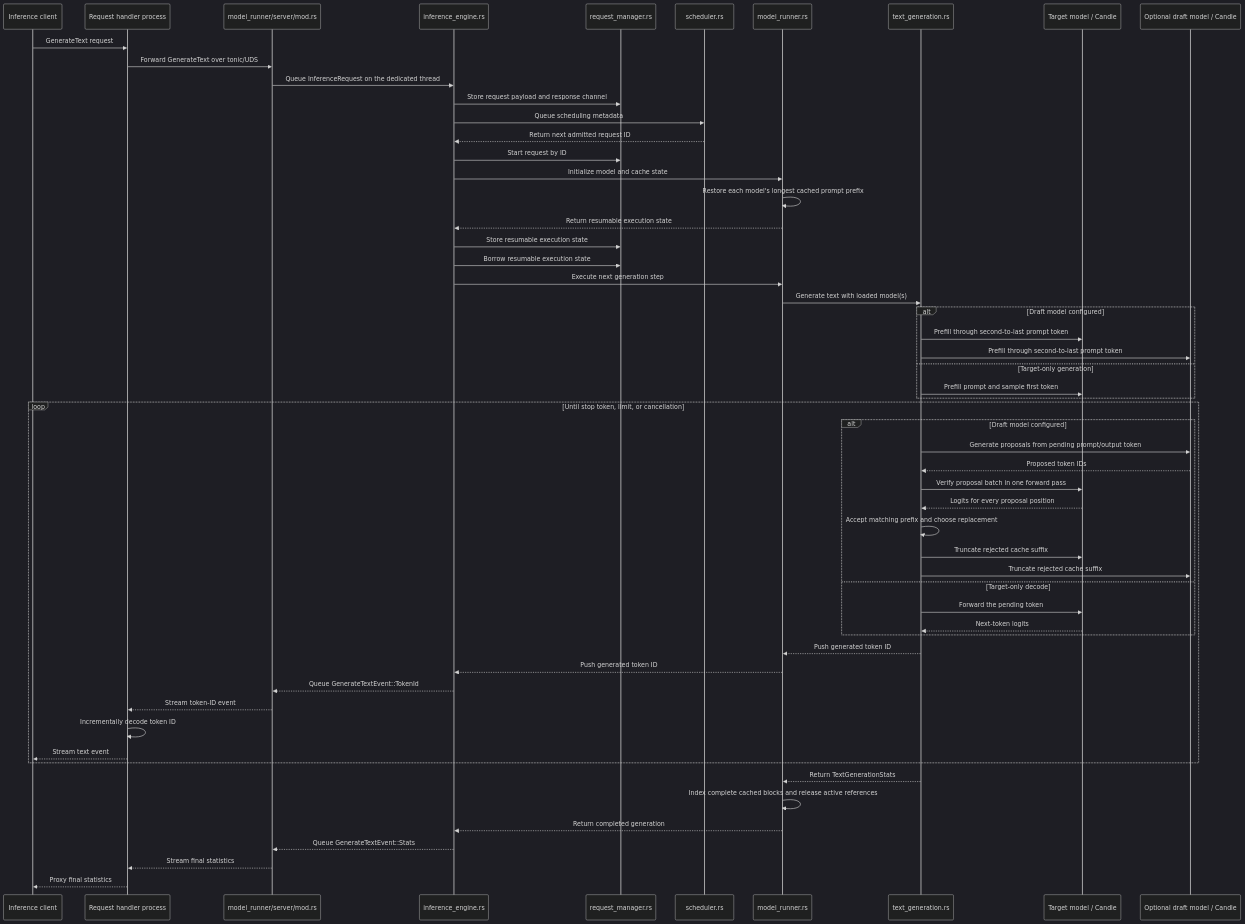
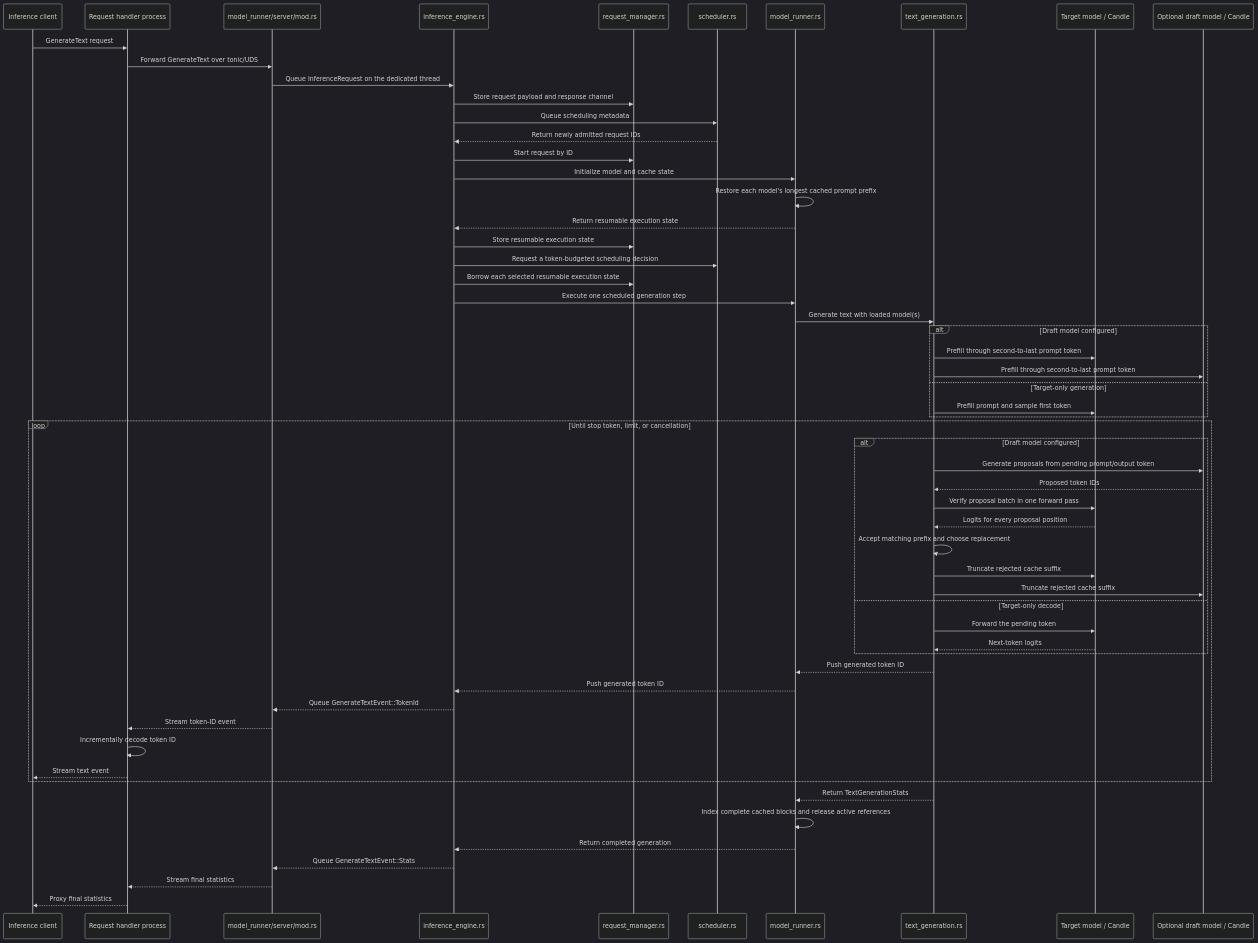
Before and after one commit to lun0522/mini-vllm-rs: the second of 2 diagrams in src/model_runner/README.md, drawn with Mermaid (dark theme). The commit also changed other lines of this file and 10 other files, not shown here.

First line of the commit message:
Feature: Execute requests with token-budgeted scheduling

````diff
--- a/src/model_runner/README.md
+++ b/src/model_runner/README.md
@@ -80,60 +80,61 @@
 ```mermaid
 sequenceDiagram
     participant Caller as Inference client
     participant Handler as Request handler process
     participant Rpc as model_runner/server/mod.rs
     participant Engine as inference_engine.rs
     participant Requests as request_manager.rs
     participant Scheduler as scheduler.rs
     participant Runner as model_runner.rs
     participant Decode as text_generation.rs
     participant Target as Target model / Candle
     participant Draft as Optional draft model / Candle
 
     Caller->>Handler: GenerateText request
     Handler->>Rpc: Forward GenerateText over tonic/UDS
     Rpc->>Engine: Queue InferenceRequest on the dedicated thread
     Engine->>Requests: Store request payload and response channel
     Engine->>Scheduler: Queue scheduling metadata
-    Scheduler-->>Engine: Return next admitted request ID
+    Scheduler-->>Engine: Return newly admitted request IDs
     Engine->>Requests: Start request by ID
     Engine->>Runner: Initialize model and cache state
     Runner->>Runner: Restore each model's longest cached prompt prefix
     Runner-->>Engine: Return resumable execution state
     Engine->>Requests: Store resumable execution state
-    Engine->>Requests: Borrow resumable execution state
-    Engine->>Runner: Execute next generation step
+    Engine->>Scheduler: Request a token-budgeted scheduling decision
+    Engine->>Requests: Borrow each selected resumable execution state
+    Engine->>Runner: Execute one scheduled generation step
     Runner->>Decode: Generate text with loaded model(s)
     alt Draft model configured
         Decode->>Target: Prefill through second-to-last prompt token
         Decode->>Draft: Prefill through second-to-last prompt token
     else Target-only generation
         Decode->>Target: Prefill prompt and sample first token
     end
     loop Until stop token, limit, or cancellation
         alt Draft model configured
             Decode->>Draft: Generate proposals from pending prompt/output token
             Draft-->>Decode: Proposed token IDs
             Decode->>Target: Verify proposal batch in one forward pass
             Target-->>Decode: Logits for every proposal position
             Decode->>Decode: Accept matching prefix and choose replacement
             Decode->>Target: Truncate rejected cache suffix
             Decode->>Draft: Truncate rejected cache suffix
         else Target-only decode
             Decode->>Target: Forward the pending token
             Target-->>Decode: Next-token logits
         end
         Decode-->>Runner: Push generated token ID
         Runner-->>Engine: Push generated token ID
         Engine-->>Rpc: Queue GenerateTextEvent::TokenId
         Rpc-->>Handler: Stream token-ID event
         Handler->>Handler: Incrementally decode token ID
         Handler-->>Caller: Stream text event
     end
     Decode-->>Runner: Return TextGenerationStats
     Runner->>Runner: Index complete cached blocks and release active references
     Runner-->>Engine: Return completed generation
     Engine-->>Rpc: Queue GenerateTextEvent::Stats
     Rpc-->>Handler: Stream final statistics
     Handler-->>Caller: Proxy final statistics
 ```
````
